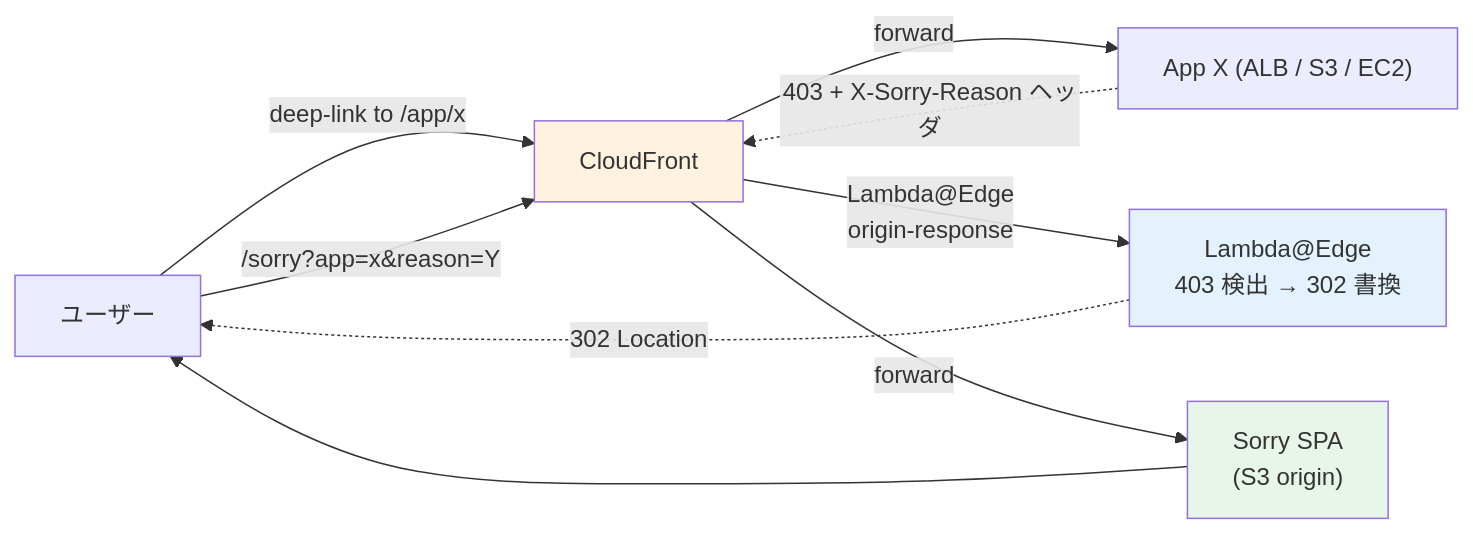
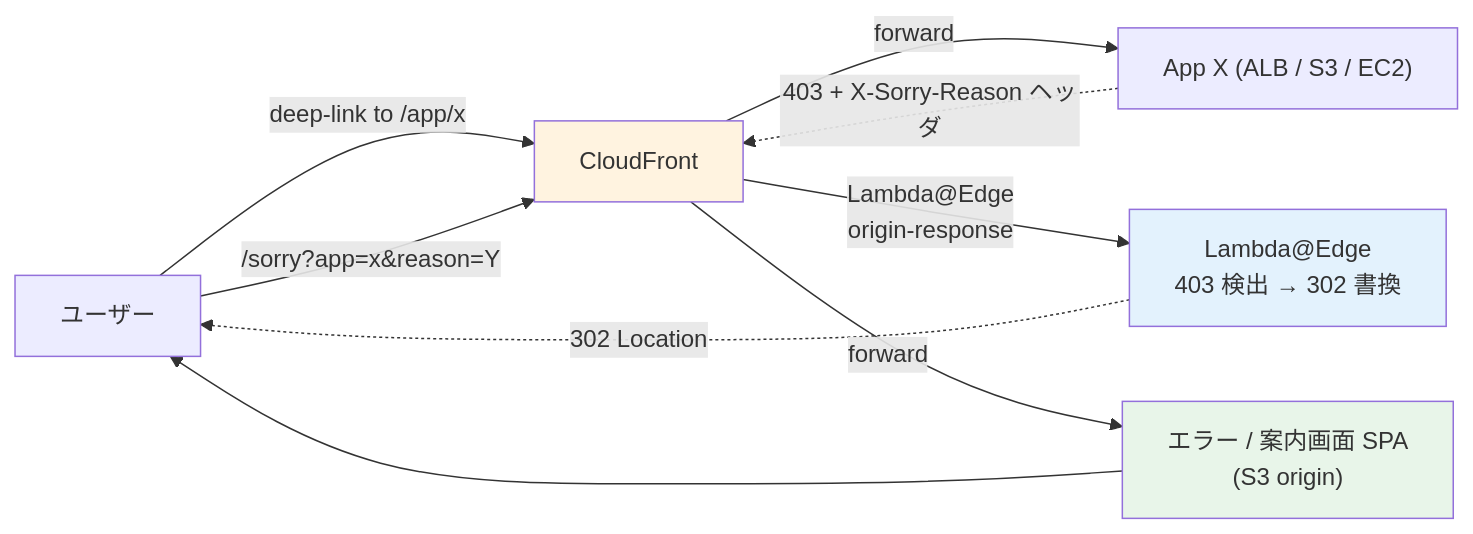
The diagram in doc/adr/022-aws-edge-sorry-control.md (suepie/aws-atuh-poc), drawn with Mermaid before and after one commit. The commit also changed other lines of this file and 53 other files, not shown here.

````diff
--- a/doc/adr/022-aws-edge-sorry-control.md
+++ b/doc/adr/022-aws-edge-sorry-control.md
@@ -45,15 +45,15 @@
 ```mermaid
 flowchart LR
     User[ユーザー] -->|"deep-link to /app/x"| CF[CloudFront]
     CF -->|"forward"| App["App X (ALB / S3 / EC2)"]
     App -.403 + X-Sorry-Reason ヘッダ.-> CF
     CF -->|"Lambda@Edge<br/>origin-response"| LE["Lambda@Edge<br/>403 検出 → 302 書換"]
     LE -.302 Location.-> User
     User -->|"/sorry?app=x&reason=Y"| CF
-    CF -->|"forward"| SorrySPA["Sorry SPA<br/>(S3 origin)"]
+    CF -->|"forward"| SorrySPA["エラー / 案内画面 SPA<br/>(S3 origin)"]
     SorrySPA --> User
 
     style CF fill:#fff3e0
     style LE fill:#e3f2fd
     style SorrySPA fill:#e8f5e9
 ```
````
